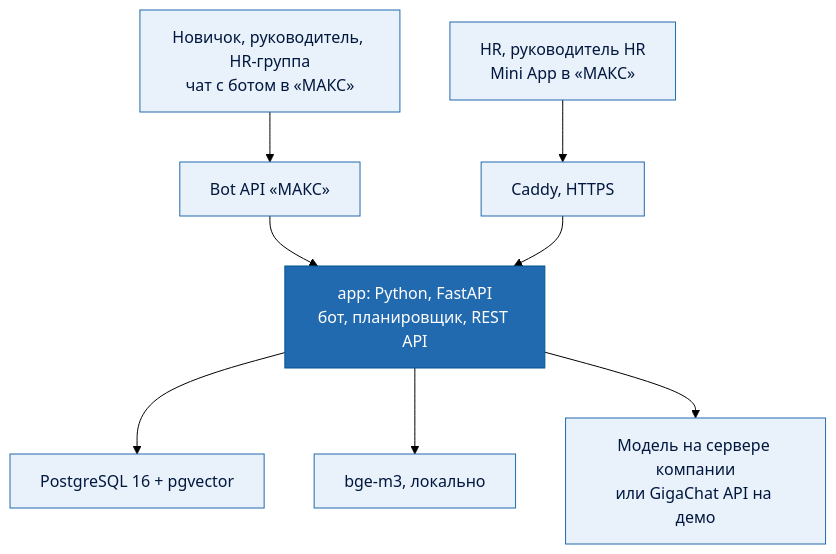
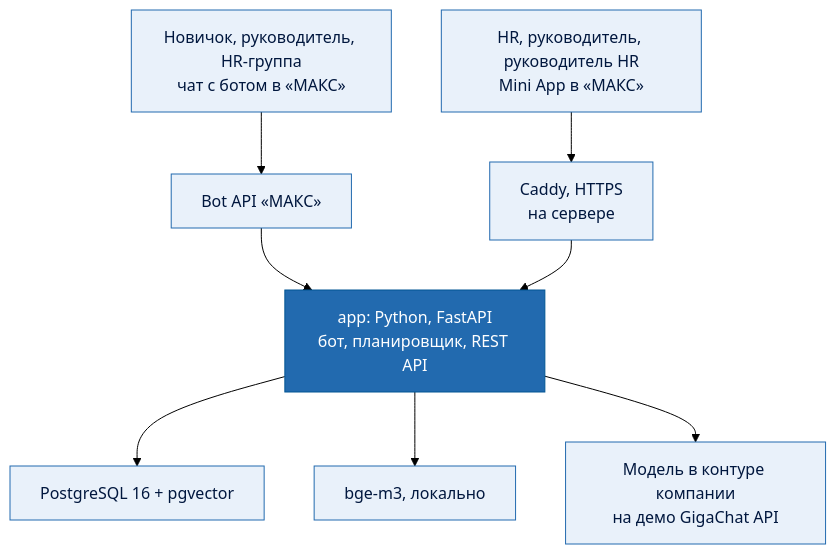
One commit to Kurligin/mosprom-polyplast changed the diagram in README.md. Above: the diagram before and after it, drawn with Mermaid (forest theme). The commit also changed other lines of this file and 3 other files, not shown here.

````diff
--- a/README.md
+++ b/README.md
@@ -315,14 +316,14 @@
 ```mermaid
 flowchart TB
     N["Новичок, руководитель, HR-группа<br/>чат с ботом в «МАКС»"] --> B["Bot API «МАКС»"]
-    H["HR, руководитель HR<br/>Mini App в «МАКС»"] --> C["Caddy, HTTPS"]
+    H["HR, руководитель, руководитель HR<br/>Mini App в «МАКС»"] --> C["Caddy, HTTPS<br/>на сервере"]
     B --> APP["app: Python, FastAPI<br/>бот, планировщик, REST API"]
     C --> APP
     APP --> DB["PostgreSQL 16 + pgvector"]
     APP --> EMB["bge-m3, локально"]
-    APP --> LLM["Модель на сервере компании<br/>или GigaChat API на демо"]
+    APP --> LLM["Модель в контуре компании<br/>на демо GigaChat API"]
     classDef brand fill:#E9F1FA,stroke:#226AAF,color:#00173E
     classDef core fill:#226AAF,stroke:#005593,color:#FFFFFF
     class N,H,B,C,DB,EMB,LLM brand
     class APP core
 ```
````
